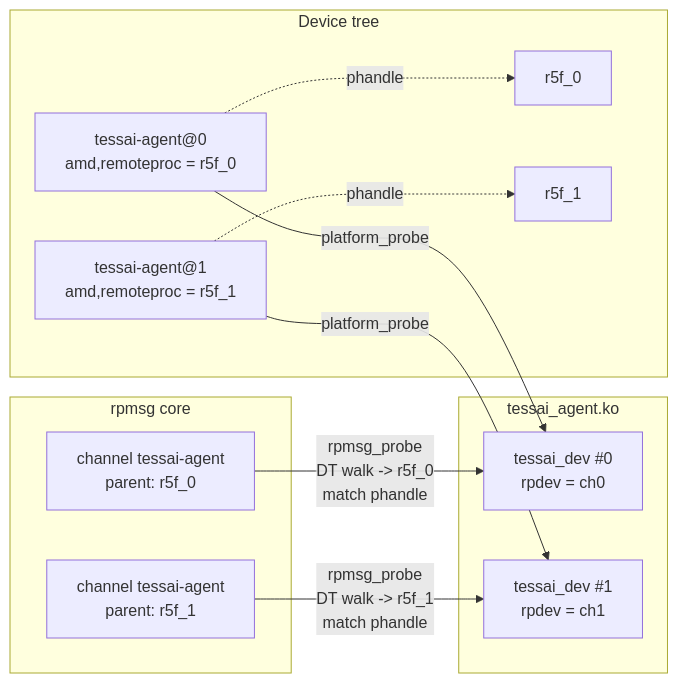
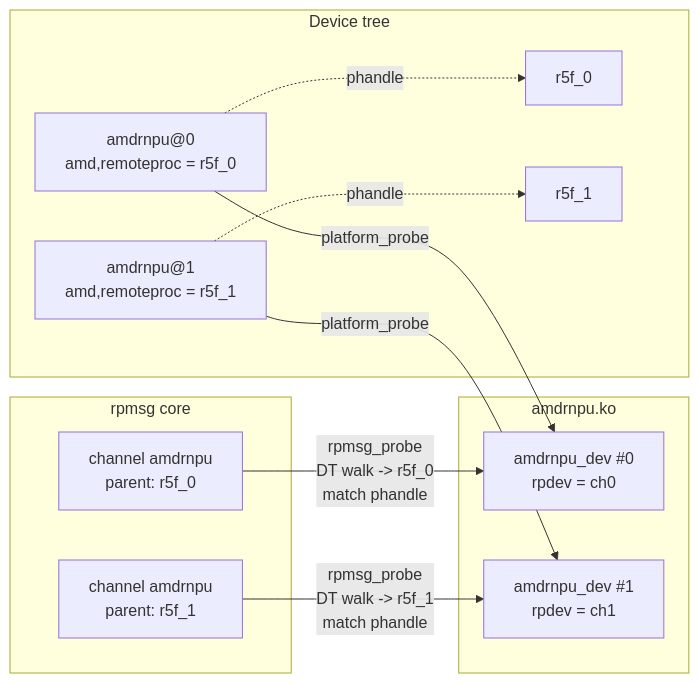
The third of 5 diagrams in docs/architecture.md (Xilinx/amdrnpu), drawn with Mermaid before and after one commit. The commit also changed other lines of this file and 107 other files, not shown here.

Commit message:
Change all tessai references to amdrnpu

````diff
--- a/docs/architecture.md
+++ b/docs/architecture.md
@@ -115,27 +115,27 @@
 ```mermaid
 flowchart LR
     subgraph DT["Device tree"]
         DT_R0["r5f_0"]
         DT_R1["r5f_1"]
-        DT_T0["tessai-agent@0<br/>amd,remoteproc = r5f_0"]
-        DT_T1["tessai-agent@1<br/>amd,remoteproc = r5f_1"]
+        DT_T0["amdrnpu@0<br/>amd,remoteproc = r5f_0"]
+        DT_T1["amdrnpu@1<br/>amd,remoteproc = r5f_1"]
         DT_T0 -. phandle .-> DT_R0
         DT_T1 -. phandle .-> DT_R1
     end
 
-    subgraph KERN["tessai_agent.ko"]
-        T0["tessai_dev #0<br/>rpdev = ch0"]
-        T1["tessai_dev #1<br/>rpdev = ch1"]
+    subgraph KERN["amdrnpu.ko"]
+        T0["amdrnpu_dev #0<br/>rpdev = ch0"]
+        T1["amdrnpu_dev #1<br/>rpdev = ch1"]
     end
 
     DT_T0 -- platform_probe --> T0
     DT_T1 -- platform_probe --> T1
 
     subgraph RPMSG["rpmsg core"]
-        CH0["channel tessai-agent<br/>parent: r5f_0"]
-        CH1["channel tessai-agent<br/>parent: r5f_1"]
+        CH0["channel amdrnpu<br/>parent: r5f_0"]
+        CH1["channel amdrnpu<br/>parent: r5f_1"]
     end
 
     CH0 -- rpmsg_probe<br/>DT walk -> r5f_0<br/>match phandle --> T0
     CH1 -- rpmsg_probe<br/>DT walk -> r5f_1<br/>match phandle --> T1
 ```
````
